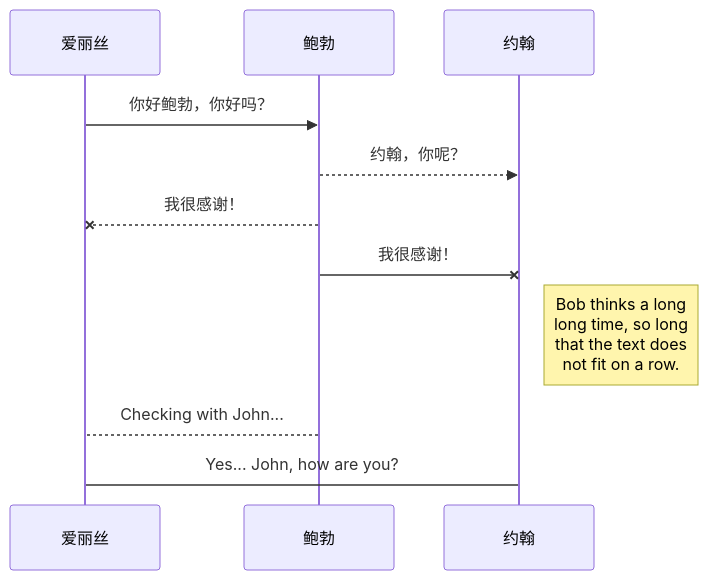
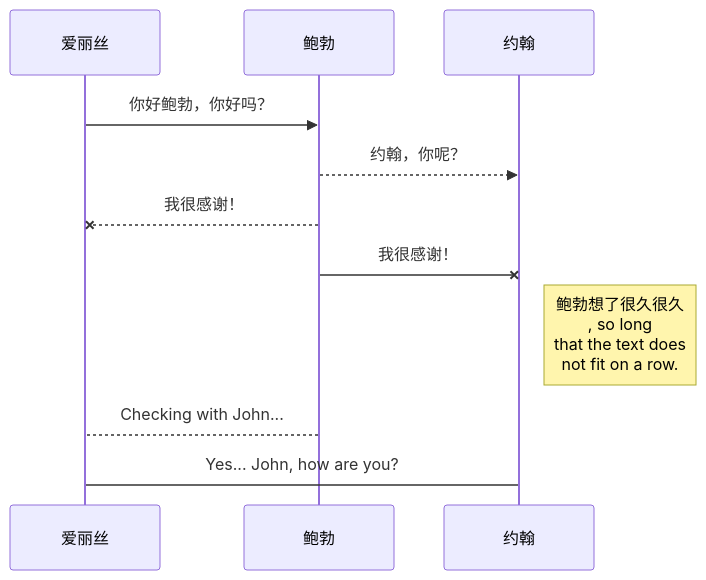
One commit to RisunJiang/notebook changed the second of 4 diagrams in 帮助.md. Above: the diagram before and after it, drawn with Mermaid. The commit also changed other lines of this file, not shown here.

````diff
--- a/帮助.md
+++ b/帮助.md
@@ -138,11 +138,11 @@
 ```mermaid
 sequenceDiagram
 爱丽丝 ->> 鲍勃: 你好鲍勃，你好吗？
 鲍勃-->>约翰: 约翰，你呢？
 鲍勃--x 爱丽丝: 我很感谢！
 鲍勃-x 约翰: 我很感谢！
-Note right of 约翰: Bob thinks a long<br/>long time, so long<br/>that the text does<br/>not fit on a row.
+Note right of 约翰: 鲍勃想了很久很久<br/>, so long<br/>that the text does<br/>not fit on a row.
 
 鲍勃-->爱丽丝: Checking with John...
 爱丽丝->约翰: Yes... John, how are you?
 ```
````
